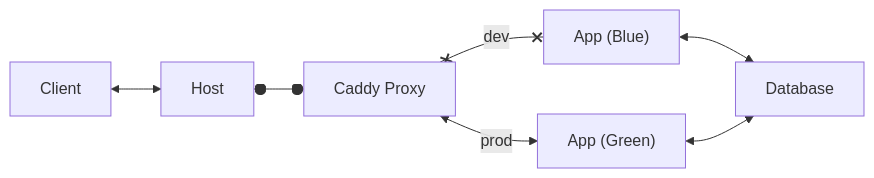
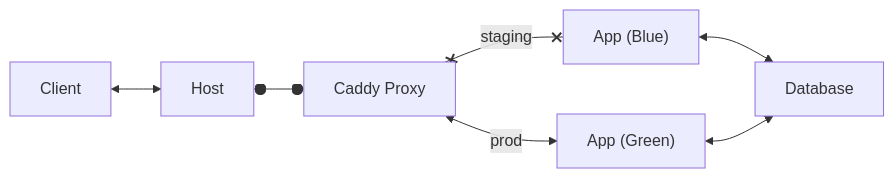
Before and after one commit to latelatelate/cyan: the diagram in README.md, drawn with Mermaid. The commit also changed other lines of this file and 1 other file, not shown here.

Commit message:
Update readme description

````diff
--- a/README.md
+++ b/README.md
@@ -5,9 +5,9 @@
 ```mermaid
 graph LR;
     A[Client]<-->B[Host];
     B[Host]o--oC[Caddy Proxy];
-    C x-- dev --xD["App (Blue)"];
+    C x-- staging --xD["App (Blue)"];
     C<-- prod -->E["App (Green)"];
     D<-->Database;
     E<-->Database;
 ```
````
